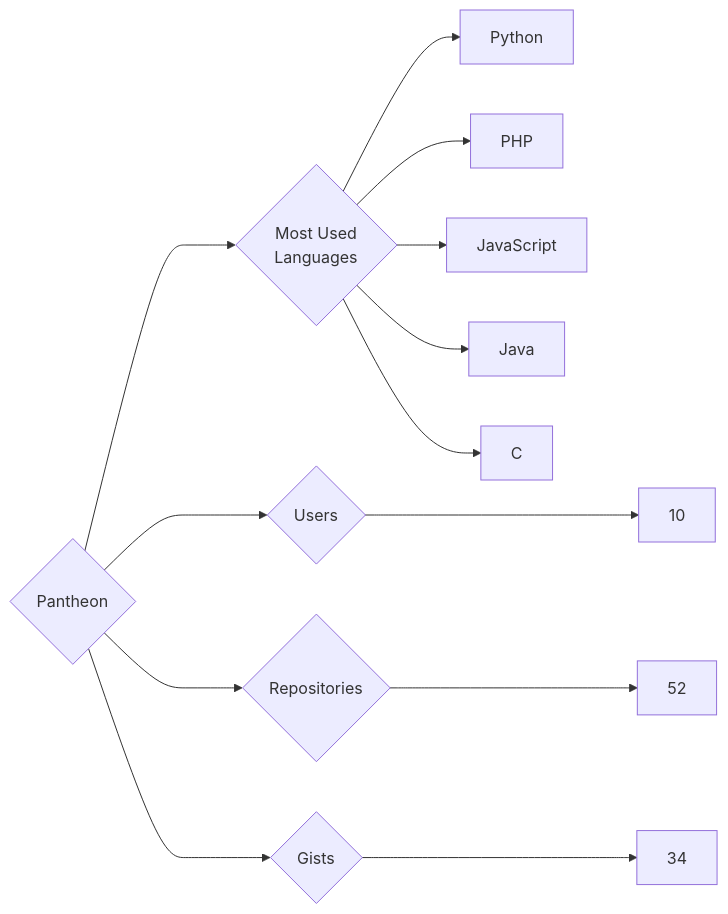
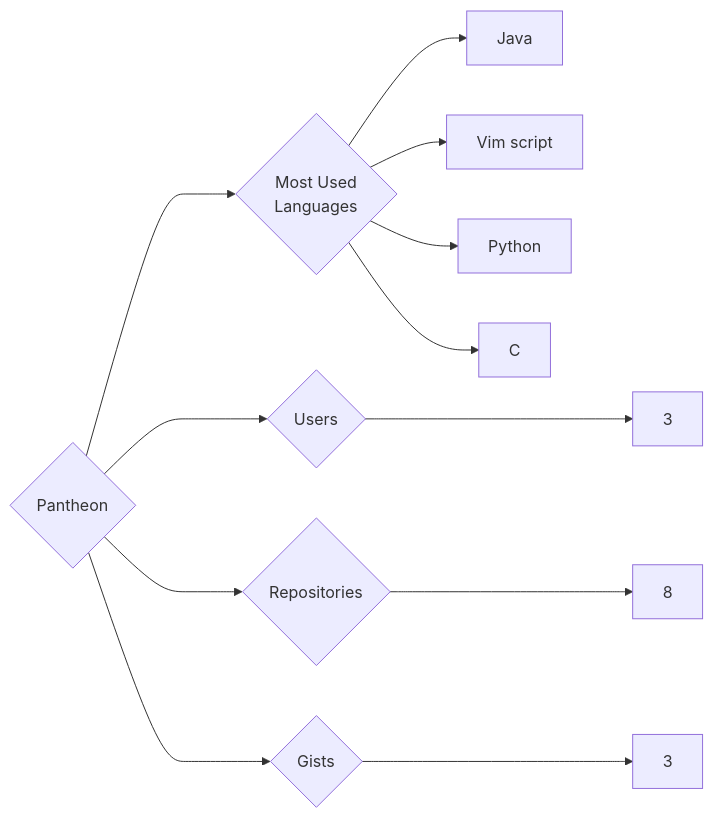
Before and after one commit to trickest/insiders: the diagram in targets/Pantheon/README.md, drawn with Mermaid. The commit also changed 839 other files, not shown here.

````diff
--- a/targets/Pantheon/README.md
+++ b/targets/Pantheon/README.md
@@ -3,13 +3,12 @@
 ```mermaid
 graph LR
 COMPANY_NAME{Pantheon}
-COMPANY_NAME ---> U{Users} ---> UN[10]
-COMPANY_NAME ---> R{Repositories} ---> RN[52]
-COMPANY_NAME ---> G{Gists} ---> GN[34]
+COMPANY_NAME ---> U{Users} ---> UN[3]
+COMPANY_NAME ---> R{Repositories} ---> RN[8]
+COMPANY_NAME ---> G{Gists} ---> GN[3]
 COMPANY_NAME ---> ML{Most Used<br>Languages}
+ML --> Java[Java]
+ML --> Vim_script[Vim script]
 ML --> Python[Python]
-ML --> PHP[PHP]
-ML --> JavaScript[JavaScript]
-ML --> Java[Java]
 ML --> C[C]
 ```
````
